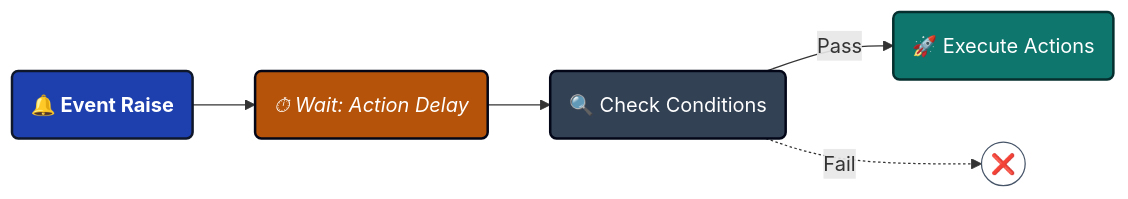
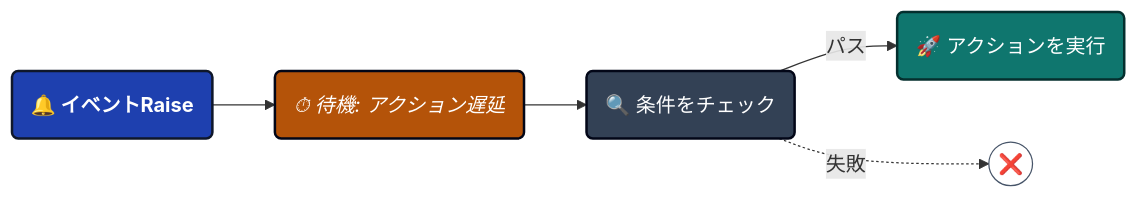
One commit to tinygiants-tech/TinyGiants changed the second of 5 diagrams in i18n/ja/docusaurus-plugin-content-docs/current/game-event-system/visual-workflow/game-event-behavior.md. Above: the diagram before and after it, drawn with Mermaid. The commit also changed other lines of this file and 81 other files, not shown here.

````diff
--- a/i18n/ja/docusaurus-plugin-content-docs/current/game-event-system/visual-workflow/game-event-behavior.md
+++ b/i18n/ja/docusaurus-plugin-content-docs/current/game-event-system/visual-workflow/game-event-behavior.md
@@ -313,13 +309,13 @@
 ```mermaid
 graph LR
     classDef event fill:#1e40af,stroke:#0f172a,stroke-width:2px,color:#ffffff,font-weight:bold
     classDef wait fill:#b45309,stroke:#020617,stroke-width:2px,color:#ffffff,font-style:italic
     classDef decision fill:#334155,stroke:#020617,stroke-width:2px,color:#ffffff
     classDef action fill:#0f766e,stroke:#042f2e,stroke-width:2px,color:#ffffff
 
-    A(🔔 Event Raise):::event --> B(⏱ Wait: Action Delay):::wait
-    B --> C(🔍 Check Conditions):::decision
-    C -- "Pass" --> D(🚀 Execute Actions):::action
-    C -. "Fail" .-> E((❌))
+    A(🔔 イベントRaise):::event --> B(⏱ 待機: アクション遅延):::wait
+    B --> C(🔍 条件をチェック):::decision
+    C -- "パス" --> D(🚀 アクションを実行):::action
+    C -. "失敗" .-> E((❌))
     style E fill:none,stroke:#475569,color:#475569
 ```
````
